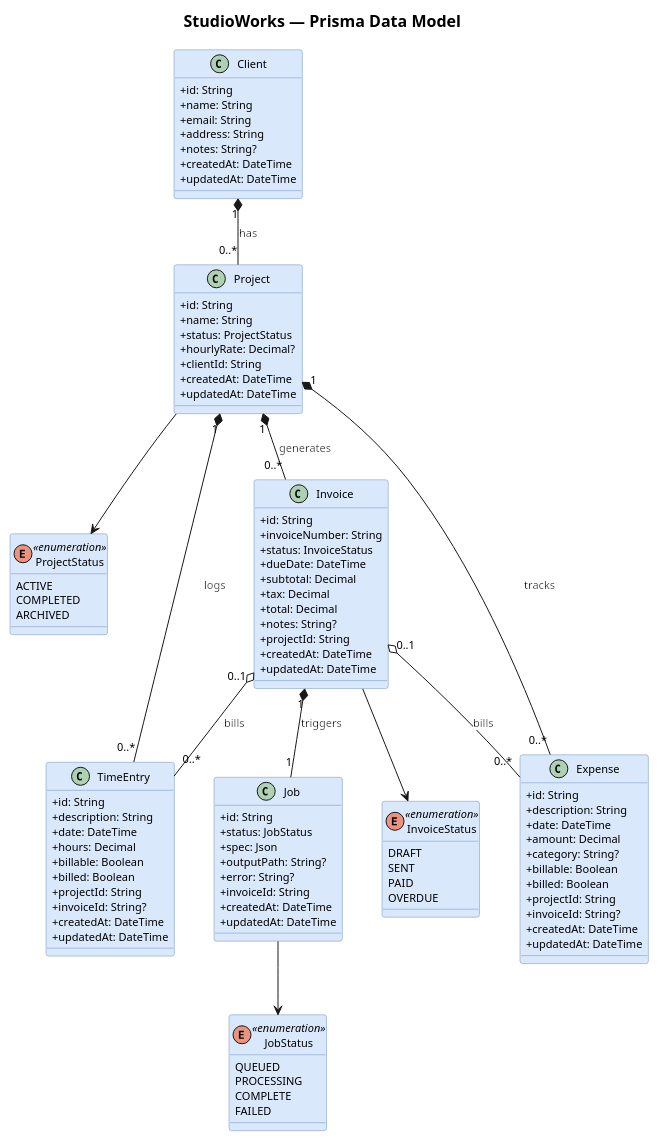
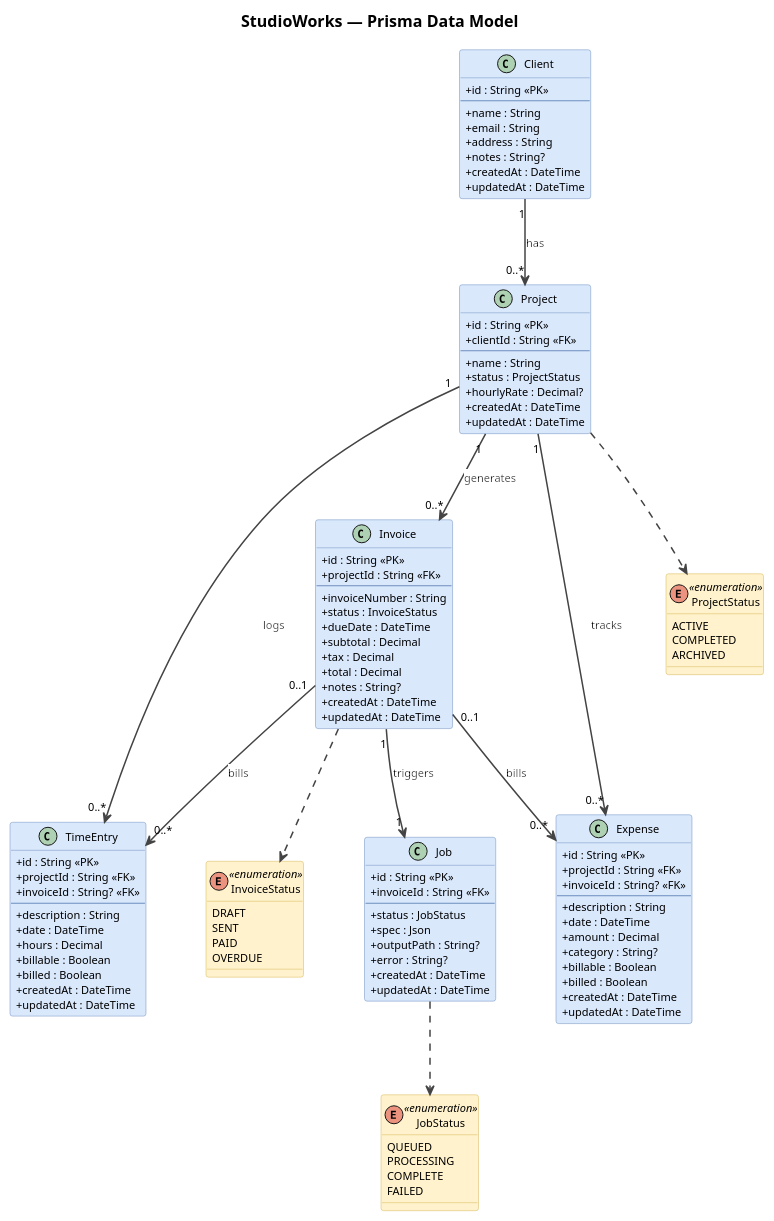
The diagram in docs/diagrams/prisma-data-model.puml (alex-olinger/studioworks), drawn with PlantUML before and after one commit.

Commit message:
docs(diagrams): replace composition arrows with directed associations in prisma ERD
UML composition (*--) and aggregation (o--) imply object lifecycle
ownership, which is semantically wrong for Prisma FK references.
Switch all entity relationships to directed association (-->), which
correctly models "Model A holds a FK to Model B" without implying
cascade semantics. Also adds <<PK>>/<<FK>> field annotations with a
separator line, yellow enum coloring via skinparam class<<enumeration>>,
dashed ..> references for enum types, and together{} layout hints to
reduce crossing arrows.

```diff
--- a/docs/diagrams/prisma-data-model.puml
+++ b/docs/diagrams/prisma-data-model.puml
@@ -1,121 +1,162 @@
 @startuml prisma-data-model
 title StudioWorks — Prisma Data Model
 
 skinparam backgroundColor white
 skinparam titleFontSize 16
 skinparam titleFontStyle bold
 skinparam defaultFontSize 11
-skinparam classBackgroundColor #dae8fc
-skinparam classBorderColor #6c8ebf
 skinparam classAttributeIconSize 0
 skinparam ArrowFontBackground white
-skinparam noteBorderColor #d6b656
-skinparam noteBackgroundColor #fffacd
-skinparam nodesep 40
-skinparam ranksep 50
+skinparam ArrowColor #444444
+skinparam ArrowThickness 1.5
+skinparam nodesep 60
+skinparam ranksep 70
+
+' Entity boxes — blue
+skinparam class {
+  BackgroundColor #dae8fc
+  BorderColor #6c8ebf
+}
+
+' Enum boxes — yellow, visually distinct from entities
+skinparam class<<enumeration>> {
+  BackgroundColor #fff2cc
+  BorderColor #d6b656
+}
+
+' ── Entities ───────────────────────────────────────────────────────────────
+
+class Client {
+  +id : String <<PK>>
+  --
+  +name : String
+  +email : String
+  +address : String
+  +notes : String?
+  +createdAt : DateTime
+  +updatedAt : DateTime
+}
+
+class Project {
+  +id : String <<PK>>
+  +clientId : String <<FK>>
+  --
+  +name : String
+  +status : ProjectStatus
+  +hourlyRate : Decimal?
+  +createdAt : DateTime
+  +updatedAt : DateTime
+}
+
+class Invoice {
+  +id : String <<PK>>
+  +projectId : String <<FK>>
+  --
+  +invoiceNumber : String
+  +status : InvoiceStatus
+  +dueDate : DateTime
+  +subtotal : Decimal
+  +tax : Decimal
+  +total : Decimal
+  +notes : String?
+  +createdAt : DateTime
+  +updatedAt : DateTime
+}
+
+class TimeEntry {
+  +id : String <<PK>>
+  +projectId : String <<FK>>
+  +invoiceId : String? <<FK>>
+  --
+  +description : String
+  +date : DateTime
+  +hours : Decimal
+  +billable : Boolean
+  +billed : Boolean
+  +createdAt : DateTime
+  +updatedAt : DateTime
+}
+
+class Expense {
+  +id : String <<PK>>
+  +projectId : String <<FK>>
+  +invoiceId : String? <<FK>>
+  --
+  +description : String
+  +date : DateTime
+  +amount : Decimal
+  +category : String?
+  +billable : Boolean
+  +billed : Boolean
+  +createdAt : DateTime
+  +updatedAt : DateTime
+}
+
+class Job {
+  +id : String <<PK>>
+  +invoiceId : String <<FK>>
+  --
+  +status : JobStatus
+  +spec : Json
+  +outputPath : String?
+  +error : String?
+  +createdAt : DateTime
+  +updatedAt : DateTime
+}
+
+' ── Enums ──────────────────────────────────────────────────────────────────
 
 enum ProjectStatus <<enumeration>> {
   ACTIVE
   COMPLETED
   ARCHIVED
 }
 
 enum InvoiceStatus <<enumeration>> {
   DRAFT
   SENT
   PAID
   OVERDUE
 }
 
 enum JobStatus <<enumeration>> {
   QUEUED
   PROCESSING
   COMPLETE
   FAILED
 }
 
-class Client {
-  +id: String
-  +name: String
-  +email: String
-  +address: String
-  +notes: String?
-  +createdAt: DateTime
-  +updatedAt: DateTime
+' ── Relationships ───────────────────────────────────────────────────────────
+' Directed association (-->) reflects FK references in Prisma.
+' Composition (*--) and aggregation (o--) are not used here because Prisma
+' relationships are database FK constraints, not UML object ownership.
+
+Client "1" --> "0..*" Project : <back:white>has</back>
+Project "1" --> "0..*" TimeEntry : <back:white>logs</back>
+Project "1" --> "0..*" Expense : <back:white>tracks</back>
+Project "1" --> "0..*" Invoice : <back:white>generates</back>
+Invoice "0..1" --> "0..*" TimeEntry : <back:white>bills</back>
+Invoice "0..1" --> "0..*" Expense : <back:white>bills</back>
+Invoice "1" --> "1" Job : <back:white>triggers</back>
+
+' Dashed dependency for enum references — visually distinct from entity associations
+Project ..> ProjectStatus
+Invoice ..> InvoiceStatus
+Job ..> JobStatus
+
+' ── Layout hints ────────────────────────────────────────────────────────────
+' Force TimeEntry and Expense side-by-side to reduce crossing arrows from
+' both Project and Invoice connecting to each of them.
+together {
+  class TimeEntry
+  class Expense
 }
 
-class Project {
-  +id: String
-  +name: String
-  +status: ProjectStatus
-  +hourlyRate: Decimal?
-  +clientId: String
-  +createdAt: DateTime
-  +updatedAt: DateTime
+' Keep all three enums in a cluster away from the main entity flow.
+together {
+  enum ProjectStatus
+  enum InvoiceStatus
+  enum JobStatus
 }
 
-class TimeEntry {
-  +id: String
-  +description: String
-  +date: DateTime
-  +hours: Decimal
-  +billable: Boolean
-  +billed: Boolean
-  +projectId: String
-  +invoiceId: String?
-  +createdAt: DateTime
-  +updatedAt: DateTime
-}
-
-class Expense {
-  +id: String
-  +description: String
-  +date: DateTime
-  +amount: Decimal
-  +category: String?
-  +billable: Boolean
-  +billed: Boolean
-  +projectId: String
-  +invoiceId: String?
-  +createdAt: DateTime
-  +updatedAt: DateTime
-}
-
-class Invoice {
-  +id: String
-  +invoiceNumber: String
-  +status: InvoiceStatus
-  +dueDate: DateTime
-  +subtotal: Decimal
-  +tax: Decimal
-  +total: Decimal
-  +notes: String?
-  +projectId: String
-  +createdAt: DateTime
-  +updatedAt: DateTime
-}
-
-class Job {
-  +id: String
-  +status: JobStatus
-  +spec: Json
-  +outputPath: String?
-  +error: String?
-  +invoiceId: String
-  +createdAt: DateTime
-  +updatedAt: DateTime
-}
-
-Client "1" *-- "0..*" Project : <back:white>has</back>
-Project "1" *-- "0..*" TimeEntry : <back:white>logs</back>
-Project "1" *-- "0..*" Expense : <back:white>tracks</back>
-Project "1" *-- "0..*" Invoice : <back:white>generates</back>
-Invoice "0..1" o-- "0..*" TimeEntry : <back:white>bills</back>
-Invoice "0..1" o-- "0..*" Expense : <back:white>bills</back>
-Invoice "1" *-- "1" Job : <back:white>triggers</back>
-
-Project --> ProjectStatus
-Invoice --> InvoiceStatus
-Job --> JobStatus
-
 @enduml
```
